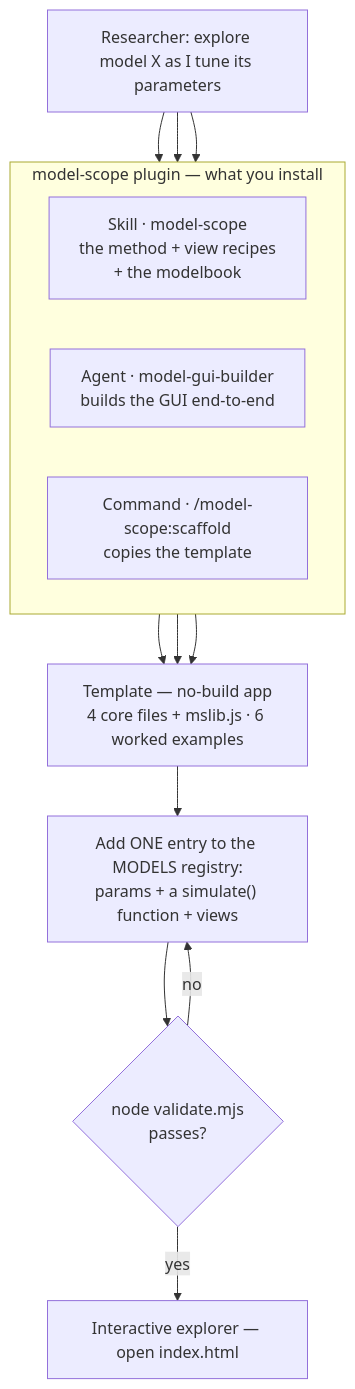
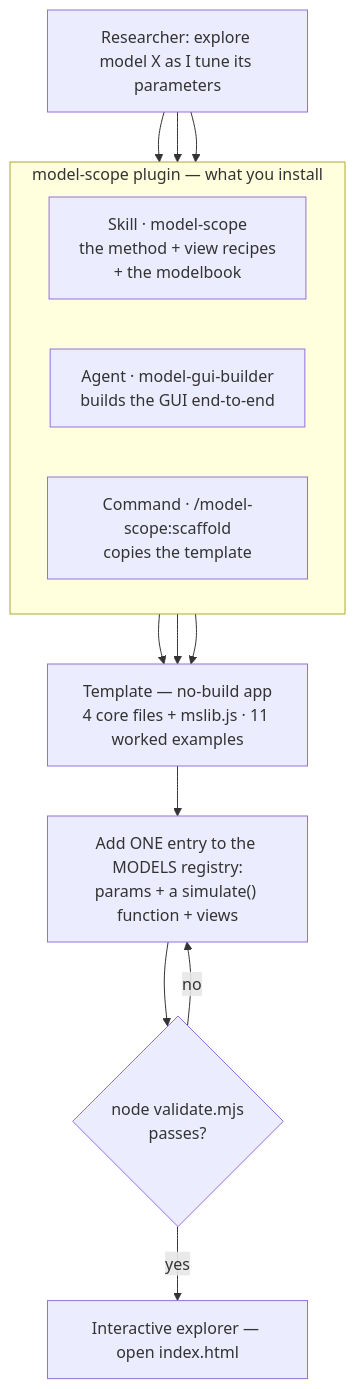
Before and after one commit to Joonoh991119/model-scope: the third of 4 diagrams in README.md, drawn with Mermaid. The commit also changed other lines of this file and 7 other files, not shown here.

````diff
--- a/README.md
+++ b/README.md
@@ -147,27 +159,27 @@
 ```mermaid
 flowchart TB
     R["Researcher: explore model X as I tune its parameters"]
 
     subgraph PLUGIN["model-scope plugin — what you install"]
       direction LR
       SKILL["Skill · model-scope<br/>the method + view recipes<br/>+ the modelbook"]
       AGENT["Agent · model-gui-builder<br/>builds the GUI end-to-end"]
       CMD["Command · /model-scope:scaffold<br/>copies the template"]
     end
 
-    TPL["Template — no-build app<br/>4 core files + mslib.js · 6 worked examples"]
+    TPL["Template — no-build app<br/>4 core files + mslib.js · 11 worked examples"]
     EDIT["Add ONE entry to the MODELS registry:<br/>params + a simulate() function + views"]
     VAL{"node validate.mjs<br/>passes?"}
     APP["Interactive explorer — open index.html"]
 
     R --> SKILL
     R --> AGENT
     R --> CMD
     SKILL --> TPL
     AGENT --> TPL
     CMD --> TPL
     TPL --> EDIT
     EDIT --> VAL
     VAL -->|no| EDIT
     VAL -->|yes| APP
 ```
````
